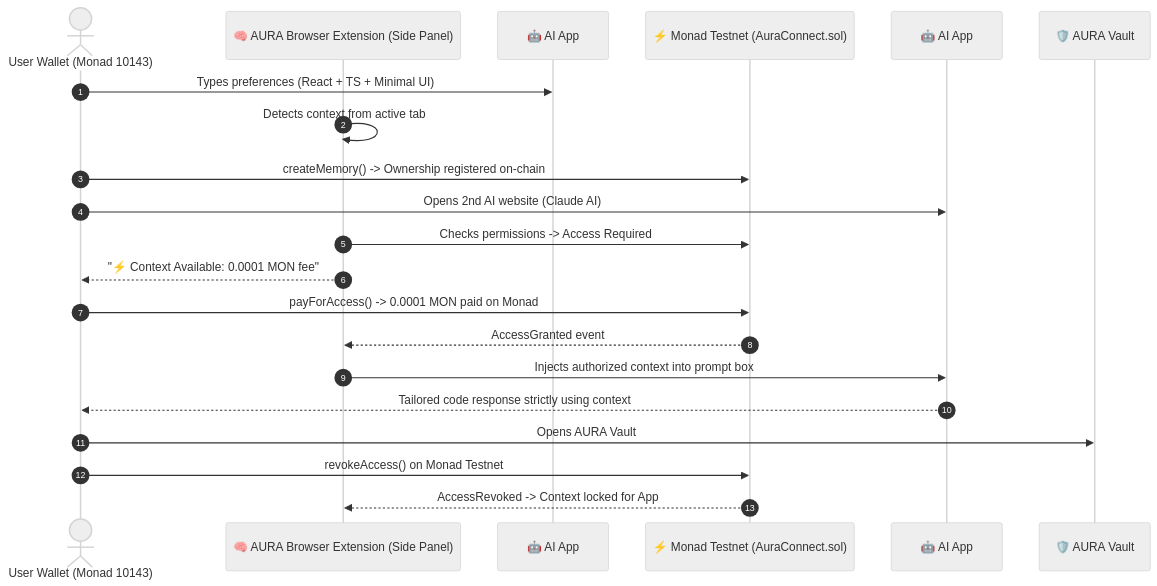
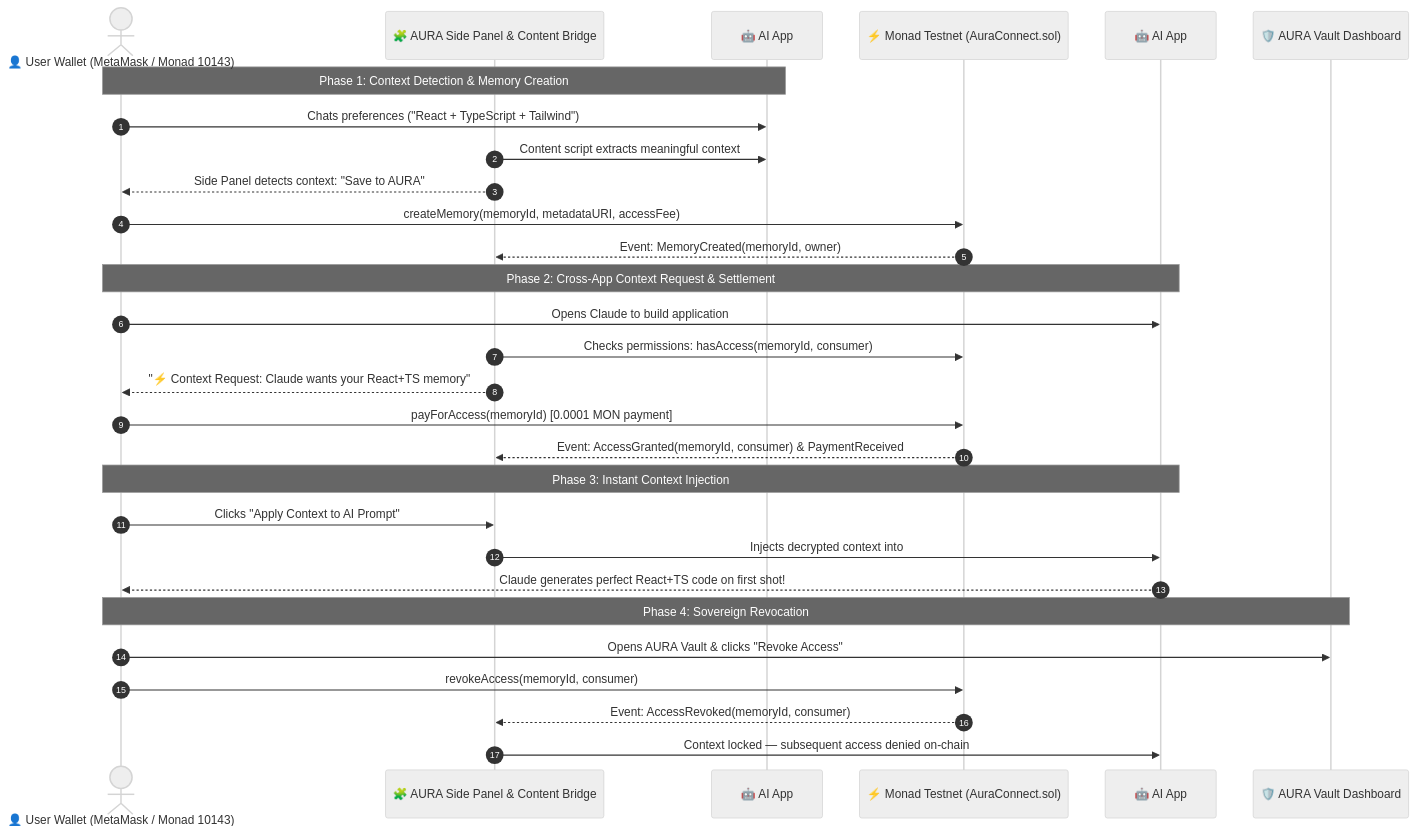
One commit to kumarswamynaidu09/Aura-Connect changed the diagram in README.md. Above: the diagram before and after it, drawn with Mermaid (neutral theme). The commit also changed other lines of this file and 8 other files, not shown here.

````diff
--- a/README.md
+++ b/README.md
@@ -85,26 +62,35 @@
 ```mermaid
 sequenceDiagram
     autonumber
-    actor User as User Wallet (Monad 10143)
-    participant Ext as 🧠 AURA Browser Extension (Side Panel)
-    participant App1 as 🤖 AI App #1 (e.g. ChatGPT / Life AI)
+    actor User as 👤 User Wallet (MetaMask / Monad 10143)
+    participant Ext as 🧩 AURA Side Panel & Content Bridge
+    participant App1 as 🤖 AI App #1 (ChatGPT)
     participant Monad as ⚡ Monad Testnet (AuraConnect.sol)
-    participant App2 as 🤖 AI App #2 (e.g. Claude AI / Code AI)
-    participant Vault as 🛡️ AURA Vault
+    participant App2 as 🤖 AI App #2 (Claude)
+    participant Vault as 🛡️ AURA Vault Dashboard
 
-    User->>App1: Types preferences (React + TS + Minimal UI)
-    Ext->>Ext: Detects context from active tab
-    User->>Monad: createMemory() -> Ownership registered on-chain
-    
-    User->>App2: Opens 2nd AI website (Claude AI)
-    Ext->>Monad: Checks permissions -> Access Required
-    Ext-->>User: "⚡ Context Available: 0.0001 MON fee"
-    User->>Monad: payForAccess() -> 0.0001 MON paid on Monad
-    Monad-->>Ext: AccessGranted event
-    Ext->>App2: Injects authorized context into prompt box
-    App2-->>User: Tailored code response strictly using context
-    
-    User->>Vault: Opens AURA Vault
-    User->>Monad: revokeAccess() on Monad Testnet
-    Monad-->>Ext: AccessRevoked -> Context locked for App #2
+    Note over User,App1: Phase 1: Context Detection & Memory Creation
+    User->>App1: Chats preferences ("React + TypeScript + Tailwind")
+    Ext->>App1: Content script extracts meaningful context
+    Ext-->>User: Side Panel detects context: "Save to AURA"
+    User->>Monad: createMemory(memoryId, metadataURI, accessFee)
+    Monad-->>Ext: Event: MemoryCreated(memoryId, owner)
+
+    Note over User,App2: Phase 2: Cross-App Context Request & Settlement
+    User->>App2: Opens Claude to build application
+    Ext->>Monad: Checks permissions: hasAccess(memoryId, consumer)
+    Ext-->>User: "⚡ Context Request: Claude wants your React+TS memory"
+    User->>Monad: payForAccess(memoryId) [0.0001 MON payment]
+    Monad-->>Ext: Event: AccessGranted(memoryId, consumer) & PaymentReceived
+
+    Note over User,App2: Phase 3: Instant Context Injection
+    User->>Ext: Clicks "Apply Context to AI Prompt"
+    Ext->>App2: Injects decrypted context into #prompt-textarea
+    App2-->>User: Claude generates perfect React+TS code on first shot!
+
+    Note over User,Vault: Phase 4: Sovereign Revocation
+    User->>Vault: Opens AURA Vault & clicks "Revoke Access"
+    User->>Monad: revokeAccess(memoryId, consumer)
+    Monad-->>Ext: Event: AccessRevoked(memoryId, consumer)
+    Ext->>App2: Context locked — subsequent access denied on-chain
 ```
````
